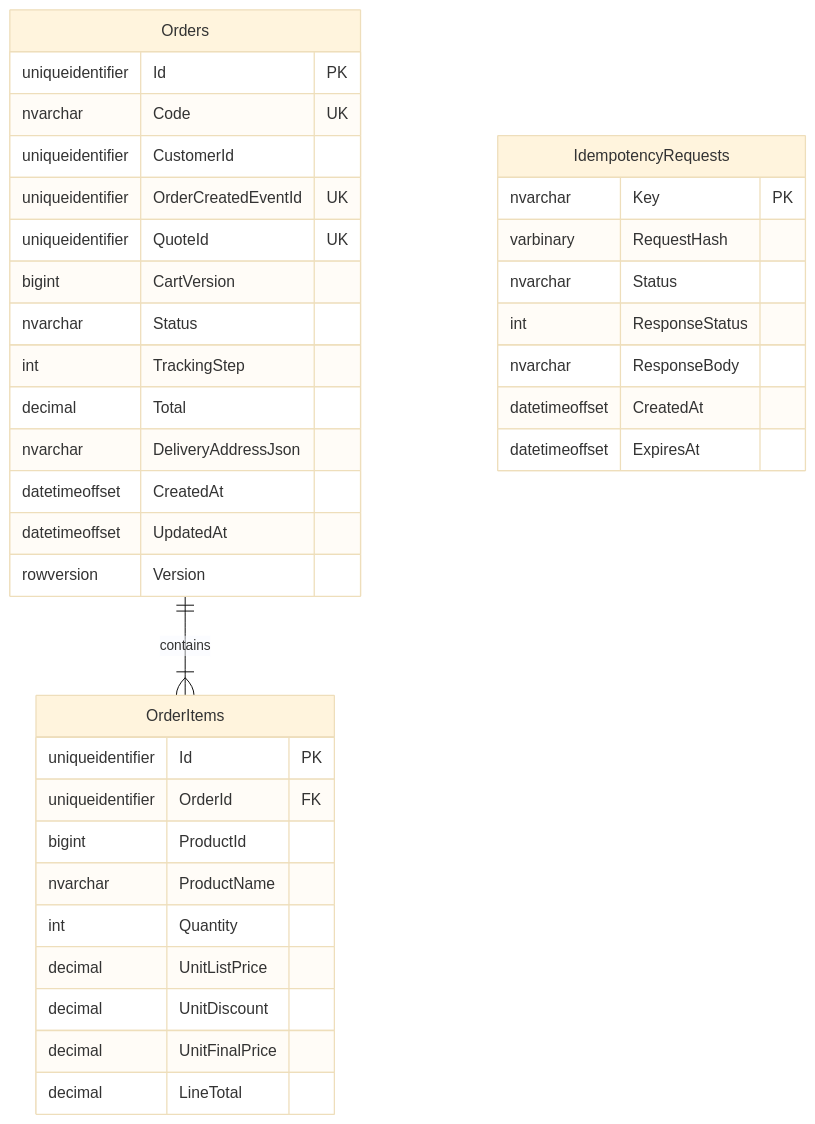
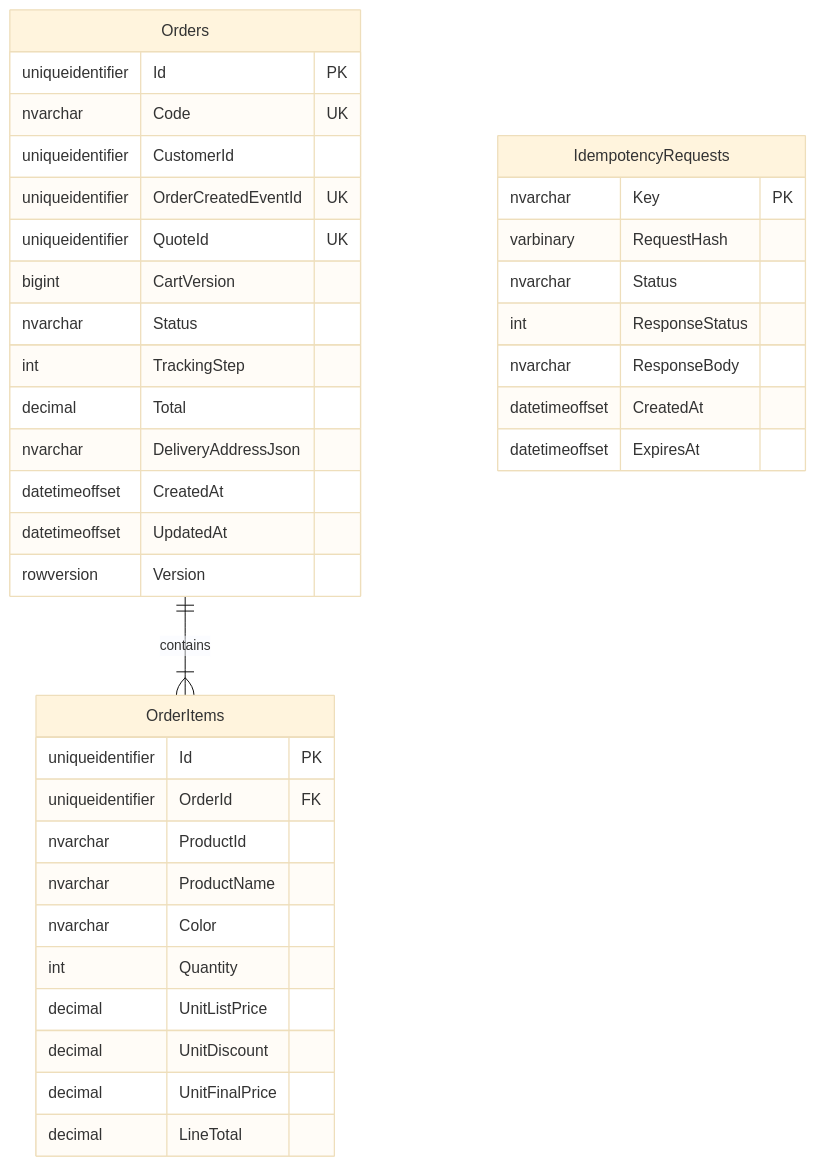
Before and after one commit to Back-End-Cloud-Computing/order: the third of 4 diagrams in docs/SDD.md, drawn with Mermaid (base theme). The commit also changed other lines of this file and 30 other files, not shown here.

````diff
--- a/docs/SDD.md
+++ b/docs/SDD.md
@@ -286,43 +287,44 @@
 ```mermaid
 erDiagram
     Orders ||--|{ OrderItems : contains
 
     Orders {
         uniqueidentifier Id PK
         nvarchar Code UK
         uniqueidentifier CustomerId
         uniqueidentifier OrderCreatedEventId UK
         uniqueidentifier QuoteId UK
         bigint CartVersion
         nvarchar Status
         int TrackingStep
         decimal Total
         nvarchar DeliveryAddressJson
         datetimeoffset CreatedAt
         datetimeoffset UpdatedAt
         rowversion Version
     }
 
     OrderItems {
         uniqueidentifier Id PK
         uniqueidentifier OrderId FK
-        bigint ProductId
+        nvarchar ProductId
         nvarchar ProductName
+        nvarchar Color
         int Quantity
         decimal UnitListPrice
         decimal UnitDiscount
         decimal UnitFinalPrice
         decimal LineTotal
     }
 
     IdempotencyRequests {
         nvarchar Key PK
         varbinary RequestHash
         nvarchar Status
         int ResponseStatus
         nvarchar ResponseBody
         datetimeoffset CreatedAt
         datetimeoffset ExpiresAt
     }
 
 ```
````
